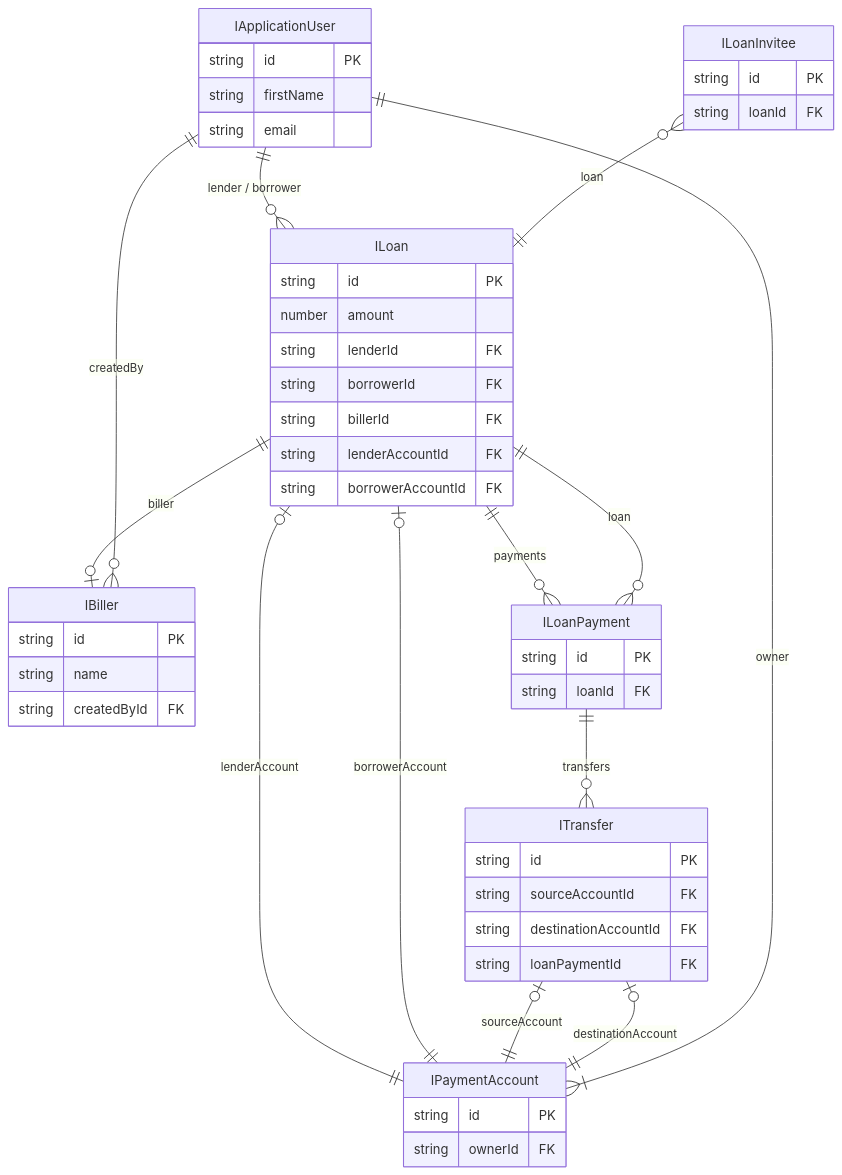
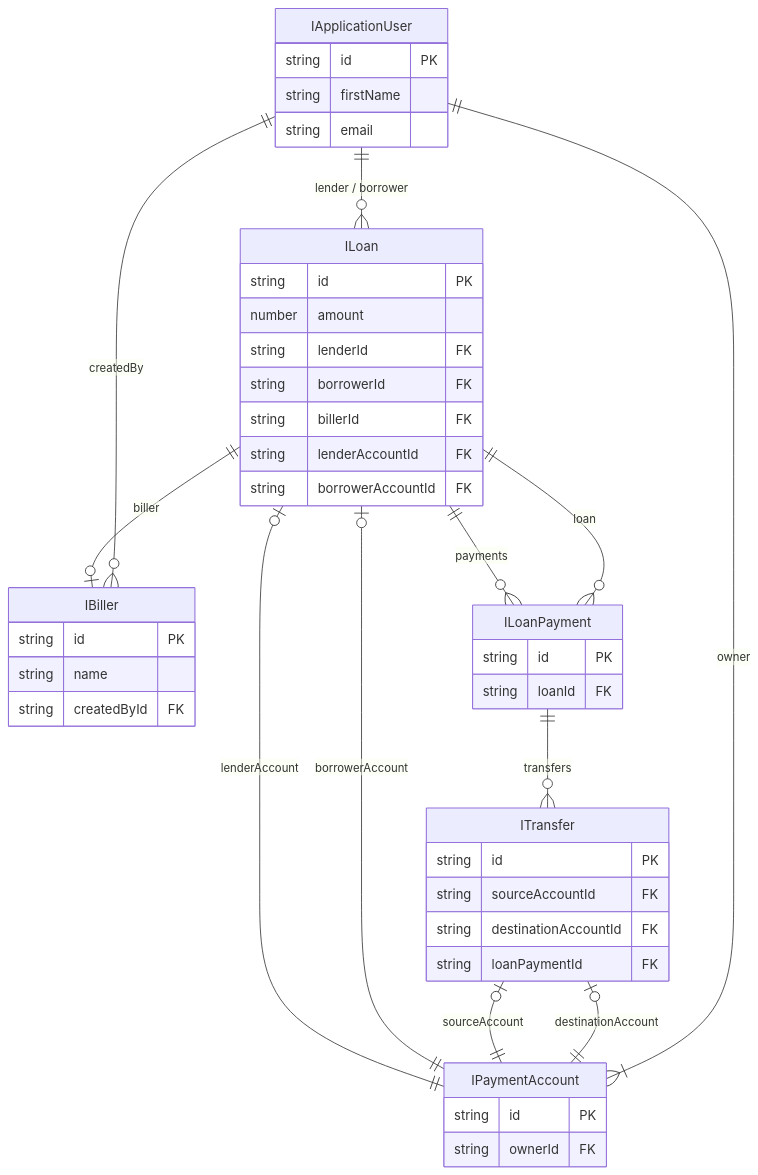
Before and after one commit to jangot/archipelago-rules: the first of 14 diagrams in docs/loan-domain.md, drawn with Mermaid. The commit also changed other lines of this file and 24 other files, not shown here.

Commit message:
removed loan invitee

````diff
--- a/docs/loan-domain.md
+++ b/docs/loan-domain.md
@@ -20,60 +19,55 @@
 ```mermaid
 ---
 config:
   class:
     hideEmptyMembersBox: true
     theme: base
 ---
 erDiagram
     IApplicationUser ||--o{ ILoan : "lender / borrower"
-    ILoanInvitee }o--|| ILoan : "loan"
     ILoan ||--o| IBiller : "biller"
     IApplicationUser ||--o{ IBiller : "createdBy"
     ILoan ||--o{ ILoanPayment : "payments"
     ILoanPayment ||--o{ ITransfer : "transfers"
     ILoanPayment }o--|| ILoan : "loan"
     ILoan o|--|| IPaymentAccount : "lenderAccount"
     ILoan o|--|| IPaymentAccount : "borrowerAccount"
     ITransfer o|--|| IPaymentAccount : "sourceAccount"
     ITransfer o|--|| IPaymentAccount : "destinationAccount"
     IPaymentAccount }|--|| IApplicationUser : "owner"
 
     %% Entity attributes (optional)
     IApplicationUser {
       string id PK
       string firstName
       string email
     }
     ILoan {
       string id PK
       number amount
       string lenderId FK
       string borrowerId FK
       string billerId FK
       string lenderAccountId FK
       string borrowerAccountId FK
     }
-    ILoanInvitee {
-      string id PK
-      string loanId FK
-    }
     IBiller {
       string id PK
       string name
       string createdById FK
     }
     ILoanPayment {
       string id PK
       string loanId FK
     }
     ITransfer {
       string id PK
       string sourceAccountId FK
       string destinationAccountId FK
       string loanPaymentId FK
     }
     IPaymentAccount {
       string id PK
       string ownerId FK
     }
 ```
````
